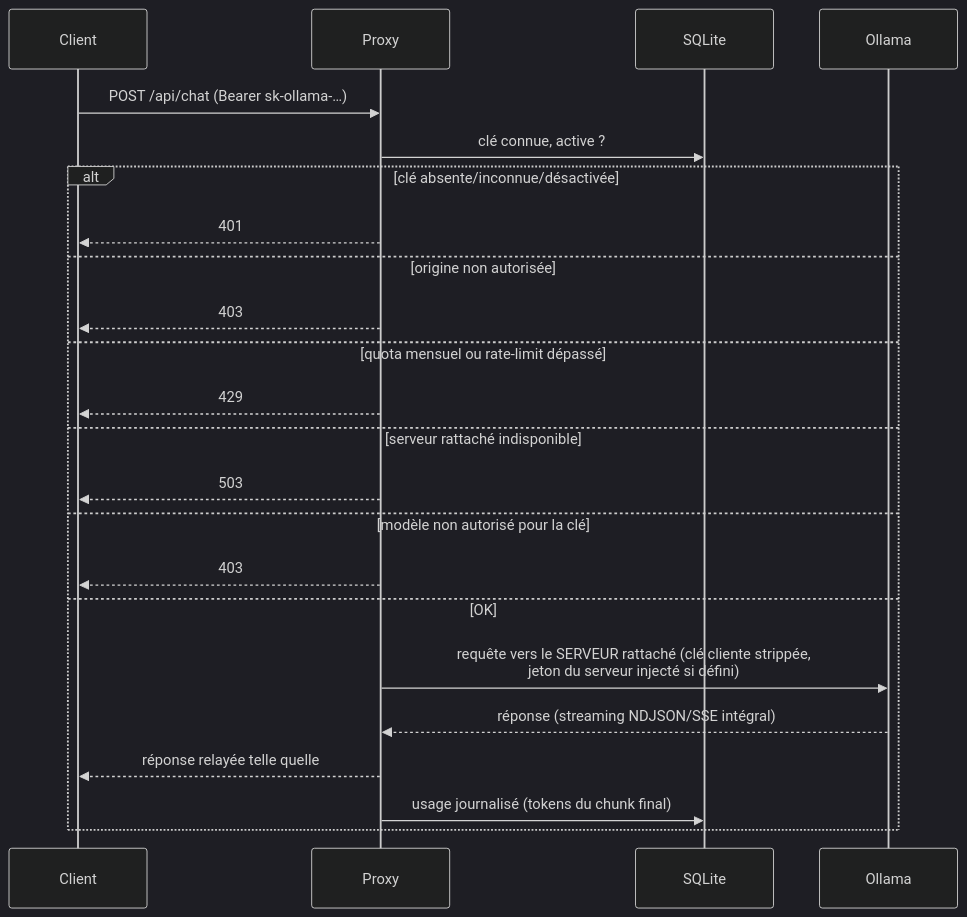
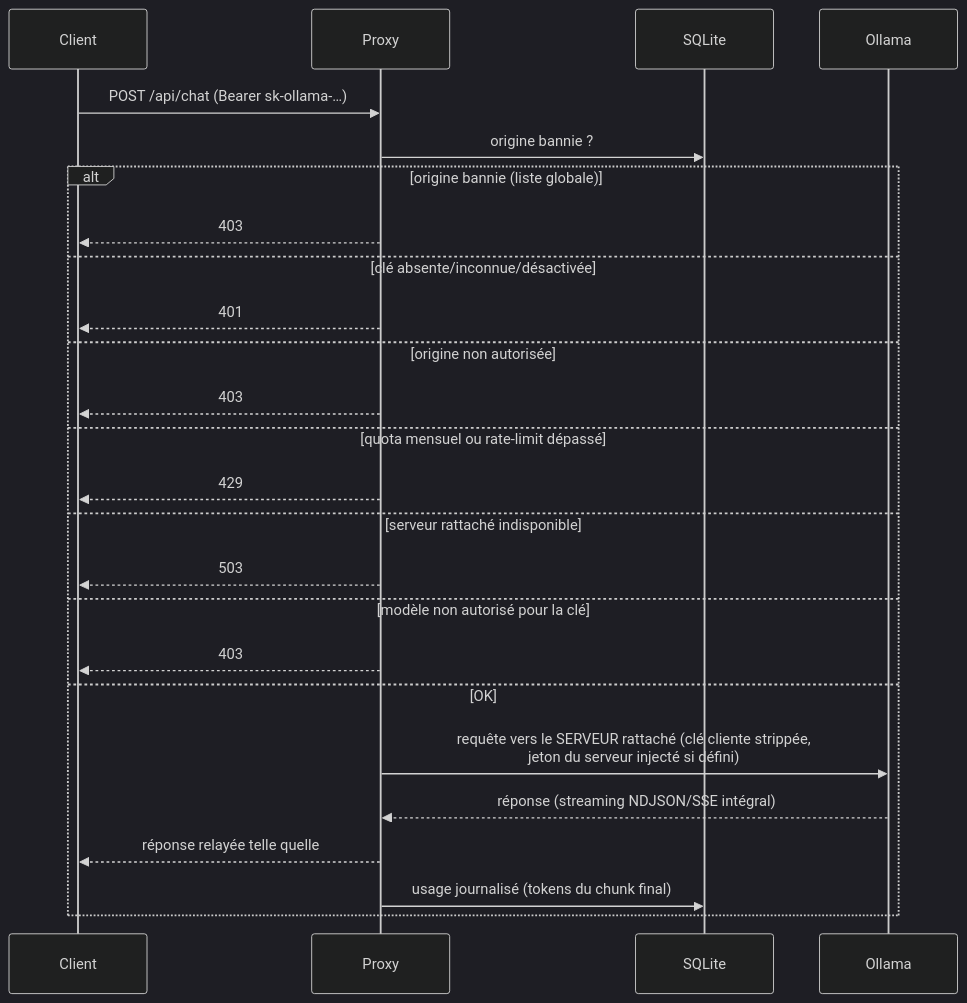
One commit to martinobettucci/ollama-gateway changed the third of 3 diagrams in docs/manual.md. Above: the diagram before and after it, drawn with Mermaid (dark theme). The commit also changed other lines of this file and 29 other files, not shown here.

````diff
--- a/docs/manual.md
+++ b/docs/manual.md
@@ -83,25 +83,27 @@
 ```mermaid
 sequenceDiagram
     participant C as Client
     participant P as Proxy
     participant DB as SQLite
     participant O as Ollama
     C->>P: POST /api/chat (Bearer sk-ollama-…)
-    P->>DB: clé connue, active ?
-    alt clé absente/inconnue/désactivée
+    P->>DB: origine bannie ?
+    alt origine bannie (liste globale)
+        P-->>C: 403
+    else clé absente/inconnue/désactivée
         P-->>C: 401
     else origine non autorisée
         P-->>C: 403
     else quota mensuel ou rate-limit dépassé
         P-->>C: 429
     else serveur rattaché indisponible
         P-->>C: 503
     else modèle non autorisé pour la clé
         P-->>C: 403
     else OK
         P->>O: requête vers le SERVEUR rattaché (clé cliente strippée,<br/>jeton du serveur injecté si défini)
         O-->>P: réponse (streaming NDJSON/SSE intégral)
         P-->>C: réponse relayée telle quelle
         P->>DB: usage journalisé (tokens du chunk final)
     end
 ```
````
